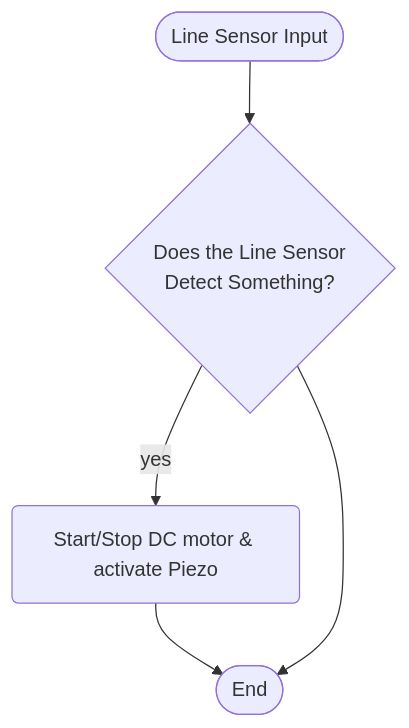
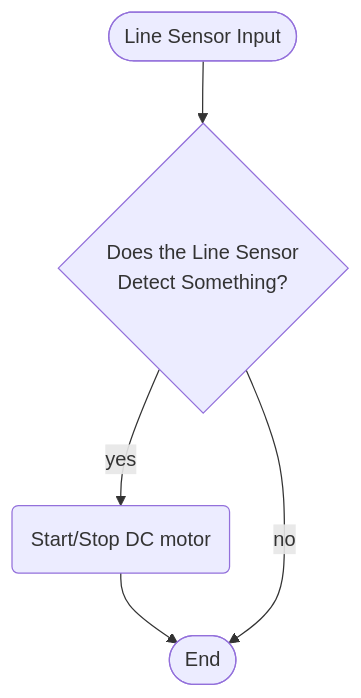
One commit to AjaySayer/Smart-Device-2023-Semester-1 changed the third of 4 diagrams in logic.md. Above: the diagram before and after it, drawn with Mermaid. The commit also changed other lines of this file and 1 other file, not shown here.

Commit message:
"high level logic"
its not good

````diff
--- a/logic.md
+++ b/logic.md
@@ -39,17 +39,17 @@
  ```mermaid
  flowchart TD
     lineSensorInput([Line Sensor Input])
 
     lineSensorInput-->lineSensorDecision
 
     lineSensorDecision{Does the Line Sensor <br/>Detect Something?}
 
     lineSensorDecision-->|yes|DCMotor
 
-    DCMotor(Start/Stop DC motor & activate Piezo)
+    DCMotor(Start/Stop DC motor)
     DCMotor-->complete
 
-    lineSensorDecision-->complete
+    lineSensorDecision-->|no|complete
 
     complete([End])
 ```
````
